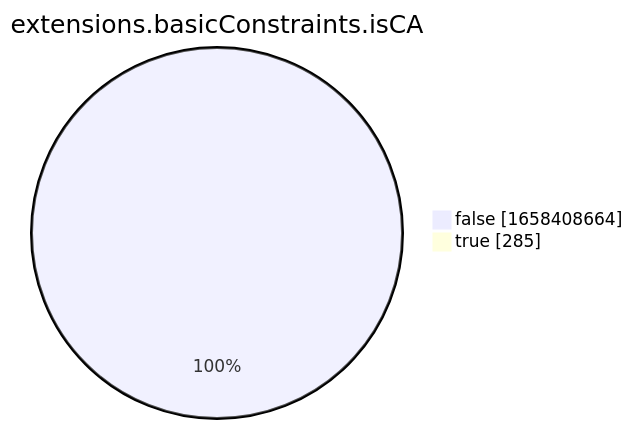
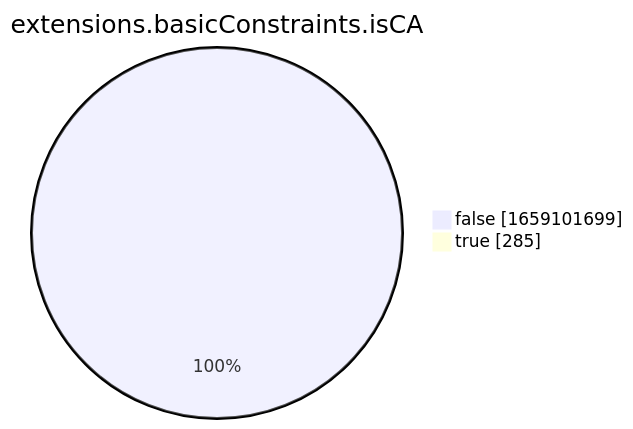
Before and after one commit to christiankrug/ctmonitor_visualization: the eighth of 15 diagrams in xenon2022/README.md, drawn with Mermaid. The commit also changed other lines of this file, not shown here.

````diff
--- a/xenon2022/README.md
+++ b/xenon2022/README.md
@@ -2864,6 +2864,6 @@
 ```mermaid
 pie showData
 title extensions.basicConstraints.isCA
-"false" :1658408664
+"false" :1659101699
 "true" :285
 ```
````
